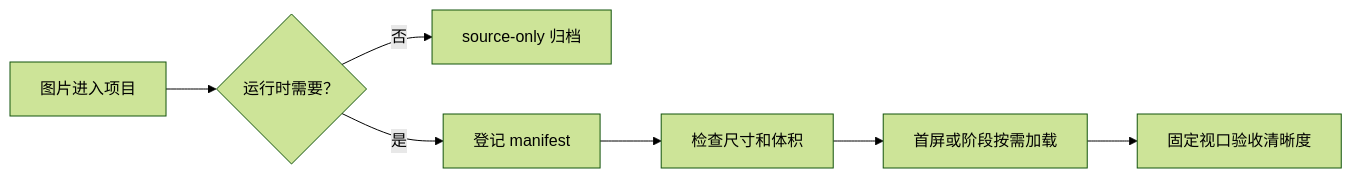
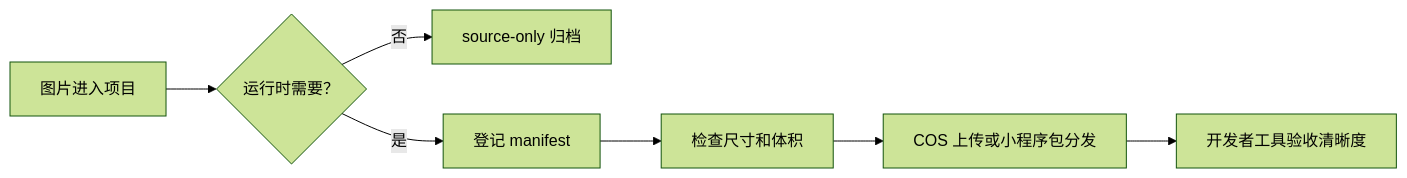
One commit to SuperKingC/Pet10 changed the diagram in docs/features/assets-and-performance.md. Above: the diagram before and after it, drawn with Mermaid (forest theme). The commit also changed other lines of this file and 17 other files, not shown here.

````diff
--- a/docs/features/assets-and-performance.md
+++ b/docs/features/assets-and-performance.md
@@ -16,9 +15,9 @@
 ```mermaid
 flowchart LR
   A["图片进入项目"] --> B{"运行时需要？"}
   B -->|"否"| C["source-only 归档"]
   B -->|"是"| D["登记 manifest"]
   D --> E["检查尺寸和体积"]
-  E --> F["首屏或阶段按需加载"]
-  F --> G["固定视口验收清晰度"]
+  E --> F["COS 上传或小程序包分发"]
+  F --> G["开发者工具验收清晰度"]
 ```
````
